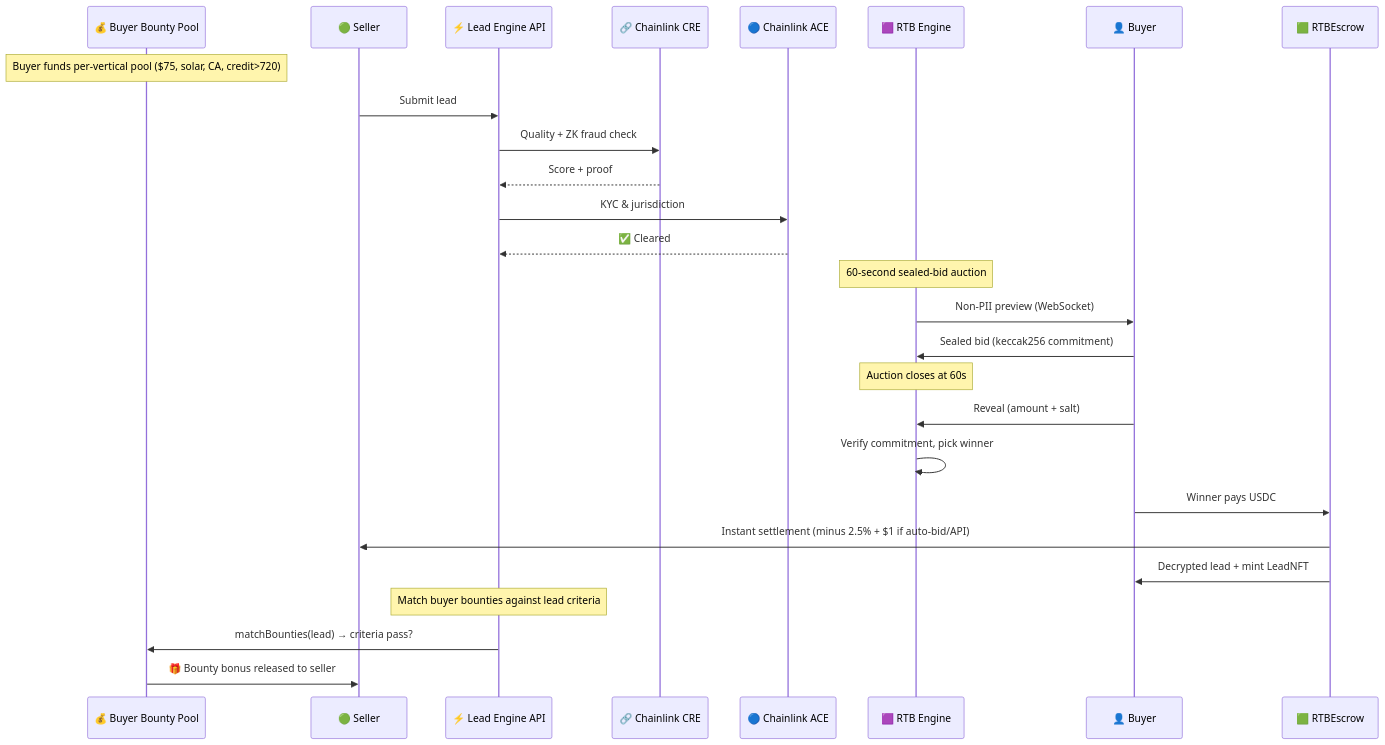
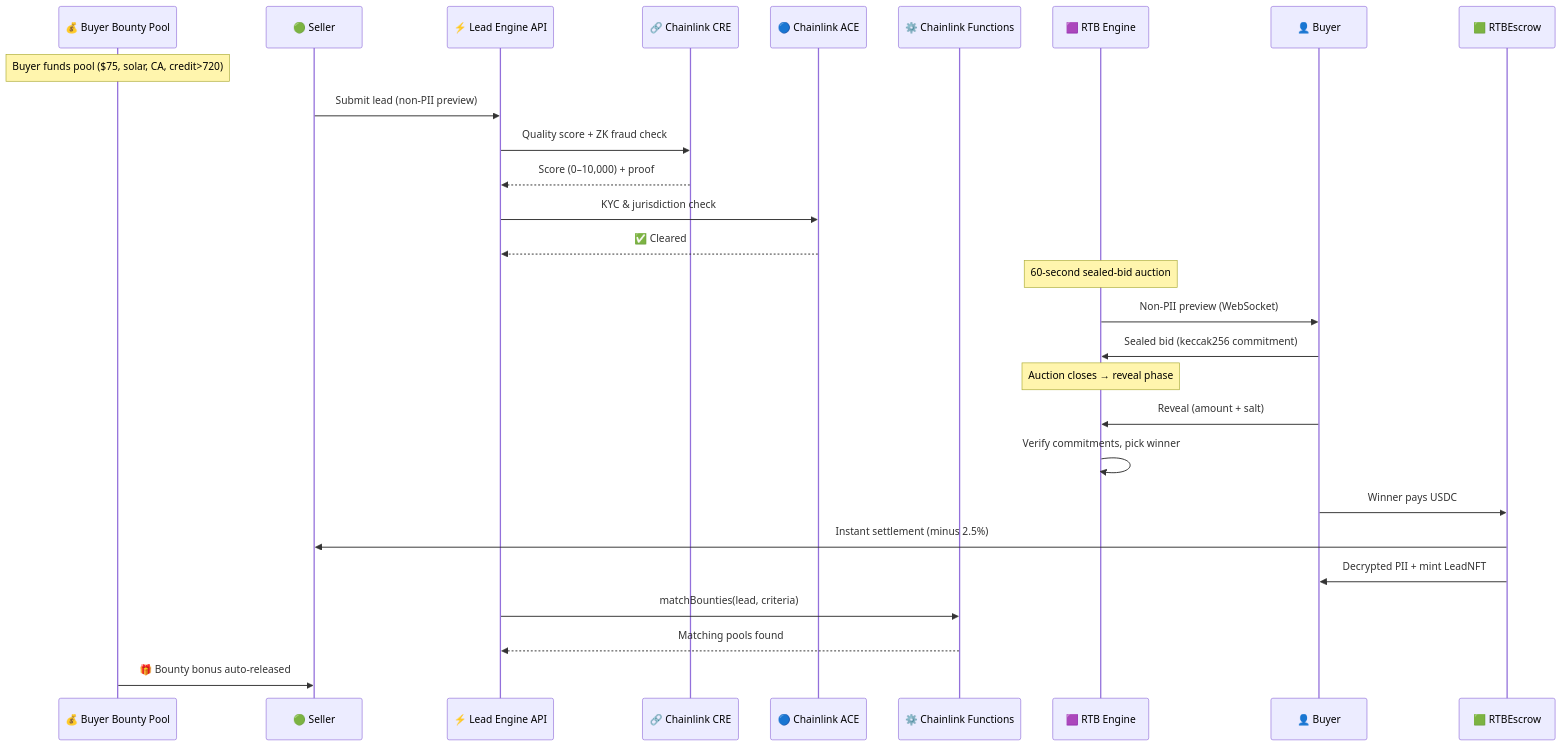
One commit to bnmbnmai/lead-engine-cre changed the diagram in README.md. Above: the diagram before and after it, drawn with Mermaid. The commit also changed other lines of this file, not shown here.

First line of the commit message:
docs: rewrite README for Chainlink Hackathon  7 services, bounties, MCP, CRO, funnels

````diff
--- a/README.md
+++ b/README.md
@@ -69,37 +70,38 @@
 ```mermaid
 sequenceDiagram
     participant BP as 💰 Buyer Bounty Pool
     participant S as 🟢 Seller
     participant API as ⚡ Lead Engine API
     participant CRE as 🔗 Chainlink CRE
     participant ACE as 🔵 Chainlink ACE
+    participant FN as ⚙️ Chainlink Functions
     participant RTB as 🟪 RTB Engine
     participant B as 👤 Buyer
     participant X as 🟩 RTBEscrow
 
-    Note over BP: Buyer funds per-vertical pool ($75, solar, CA, credit>720)
+    Note over BP: Buyer funds pool ($75, solar, CA, credit>720)
 
-    S->>API: Submit lead
-    API->>CRE: Quality + ZK fraud check
-    CRE-->>API: Score + proof
-    API->>ACE: KYC & jurisdiction
+    S->>API: Submit lead (non-PII preview)
+    API->>CRE: Quality score + ZK fraud check
+    CRE-->>API: Score (0–10,000) + proof
+    API->>ACE: KYC & jurisdiction check
     ACE-->>API: ✅ Cleared
 
     Note over RTB: 60-second sealed-bid auction
 
     RTB->>B: Non-PII preview (WebSocket)
     B->>RTB: Sealed bid (keccak256 commitment)
 
-    Note over RTB: Auction closes at 60s
+    Note over RTB: Auction closes → reveal phase
 
     B->>RTB: Reveal (amount + salt)
-    RTB->>RTB: Verify commitment, pick winner
+    RTB->>RTB: Verify commitments, pick winner
 
     B->>X: Winner pays USDC
-    X->>S: Instant settlement (minus 2.5% + $1 if auto-bid/API)
-    X->>B: Decrypted lead + mint LeadNFT
+    X->>S: Instant settlement (minus 2.5%)
+    X->>B: Decrypted PII + mint LeadNFT
 
-    Note over API: Match buyer bounties against lead criteria
-    API->>BP: matchBounties(lead) → criteria pass?
-    BP->>S: 🎁 Bounty bonus released to seller
+    API->>FN: matchBounties(lead, criteria)
+    FN-->>API: Matching pools found
+    BP->>S: 🎁 Bounty bonus auto-released
 ```
````
